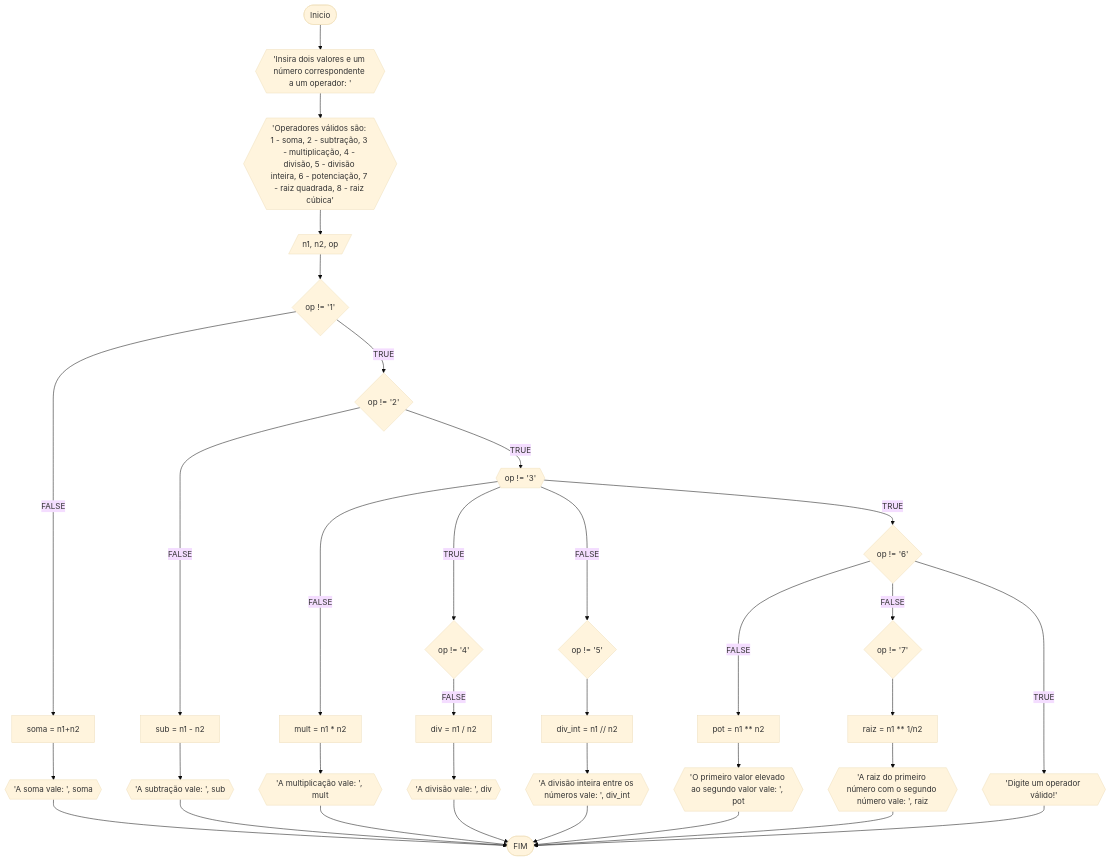
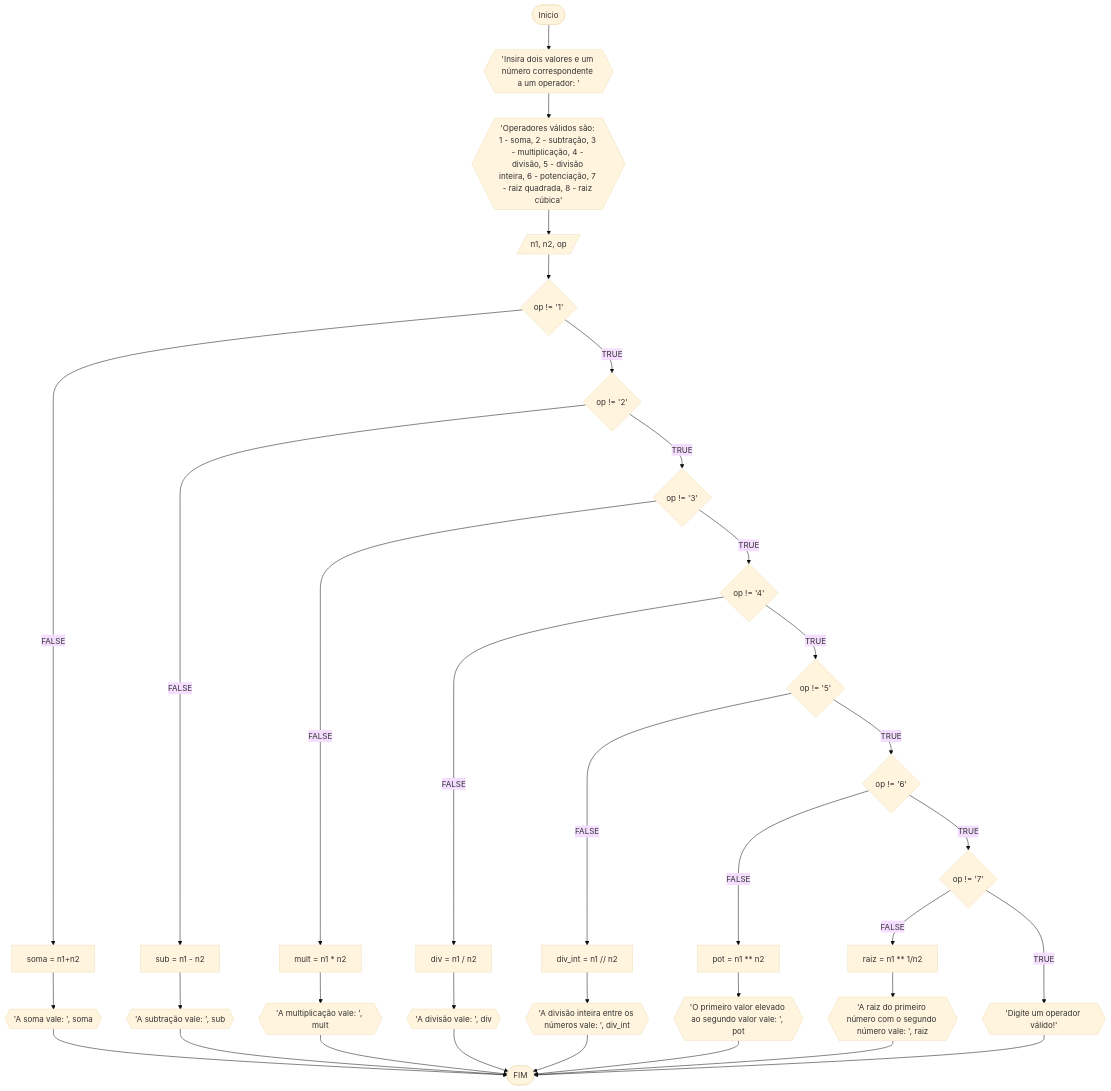
One commit to stuffxdd/Unifor changed the diagram in RLA/lista2_exercicios.md. Above: the diagram before and after it, drawn with Mermaid (base theme).

````diff
--- a/RLA/lista2_exercicios.md
+++ b/RLA/lista2_exercicios.md
@@ -6,46 +6,46 @@
 ```mermaid
 flowchart TD
 A([Inicio]) --> B{{'Insira dois valores e um número correspondente a um operador: '}}
 B --> BB{{'Operadores válidos são: 1 - soma, 2 - subtração, 3 - multiplicação, 4 - divisão, 5 - divisão inteira, 6 - potenciação, 7 - raiz quadrada, 8 - raiz cúbica'}}
 BB--> C[/n1, n2, op/]
 
 C --> D{op != '1'}
 D -- FALSE--> E[soma = n1+n2]
 E --> F{{'A soma vale: ', soma}} --> ZZ
 
 D --TRUE--> G{op != '2'}
 G --FALSE--> H[sub = n1 - n2]
 H --> I{{'A subtração vale: ', sub}} --> ZZ
 
-G --TRUE--> J{{op != '3'}}
+G --TRUE--> J{op != '3'}
 J --FALSE--> K[mult = n1 * n2]
 K --> L{{'A multiplicação vale: ', mult}} --> ZZ
 
 J --TRUE--> M{op != '4'}
 M --FALSE--> N[div = n1 / n2]
 N --> O{{'A divisão vale: ', div}} --> ZZ
 
-J --FALSE--> P{op != '5'}
-P --> Q[div_int = n1 // n2]
+M --TRUE--> P{op != '5'}
+P --FALSE--> Q[div_int = n1 // n2]
 Q --> R{{'A divisão inteira entre os números vale: ', div_int}} --> ZZ
 
-J --TRUE--> S{op != '6'}
+P --TRUE--> S{op != '6'}
 S --FALSE--> T[pot = n1 ** n2]
 T --> U{{'O primeiro valor elevado ao segundo valor vale: ', pot}} --> ZZ
 
-S--FALSE--> V{op != '7'}
-V --> W[raiz = n1 ** 1/n2]
+S--TRUE--> V{op != '7'}
+V --FALSE--> W[raiz = n1 ** 1/n2]
 W --> X{{'A raiz do primeiro número com o segundo número vale: ', raiz}} --> ZZ
 
-S --TRUE--> Z{{'Digite um operador válido!'}} --> ZZ
+V--TRUE--> Z{{'Digite um operador válido!'}} --> ZZ
 
 ZZ([FIM])
 
 
 
 
 
 
  
 
 ```
````
